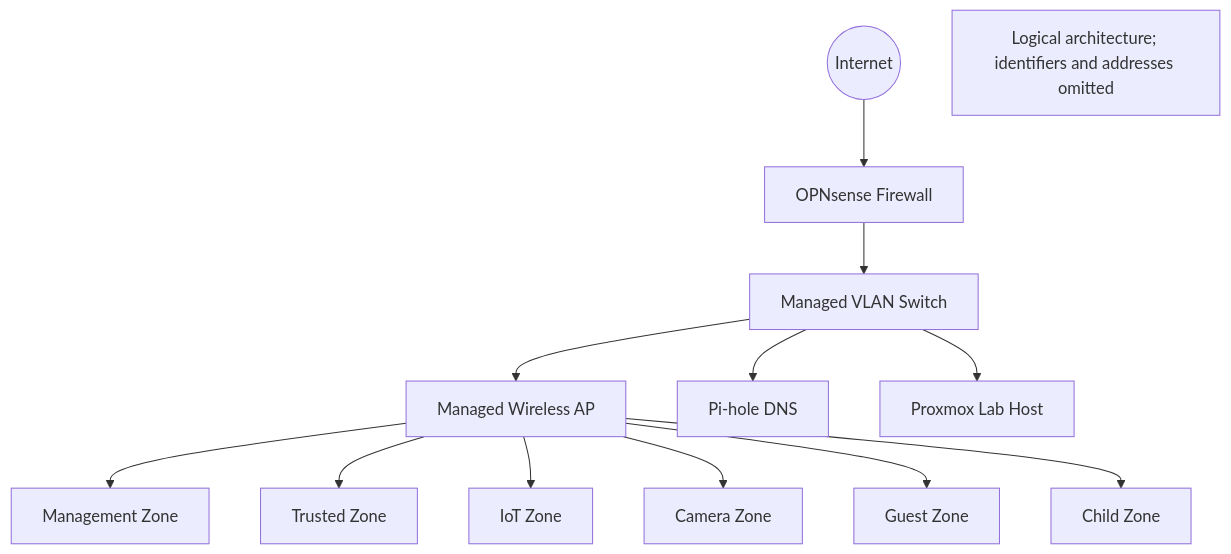
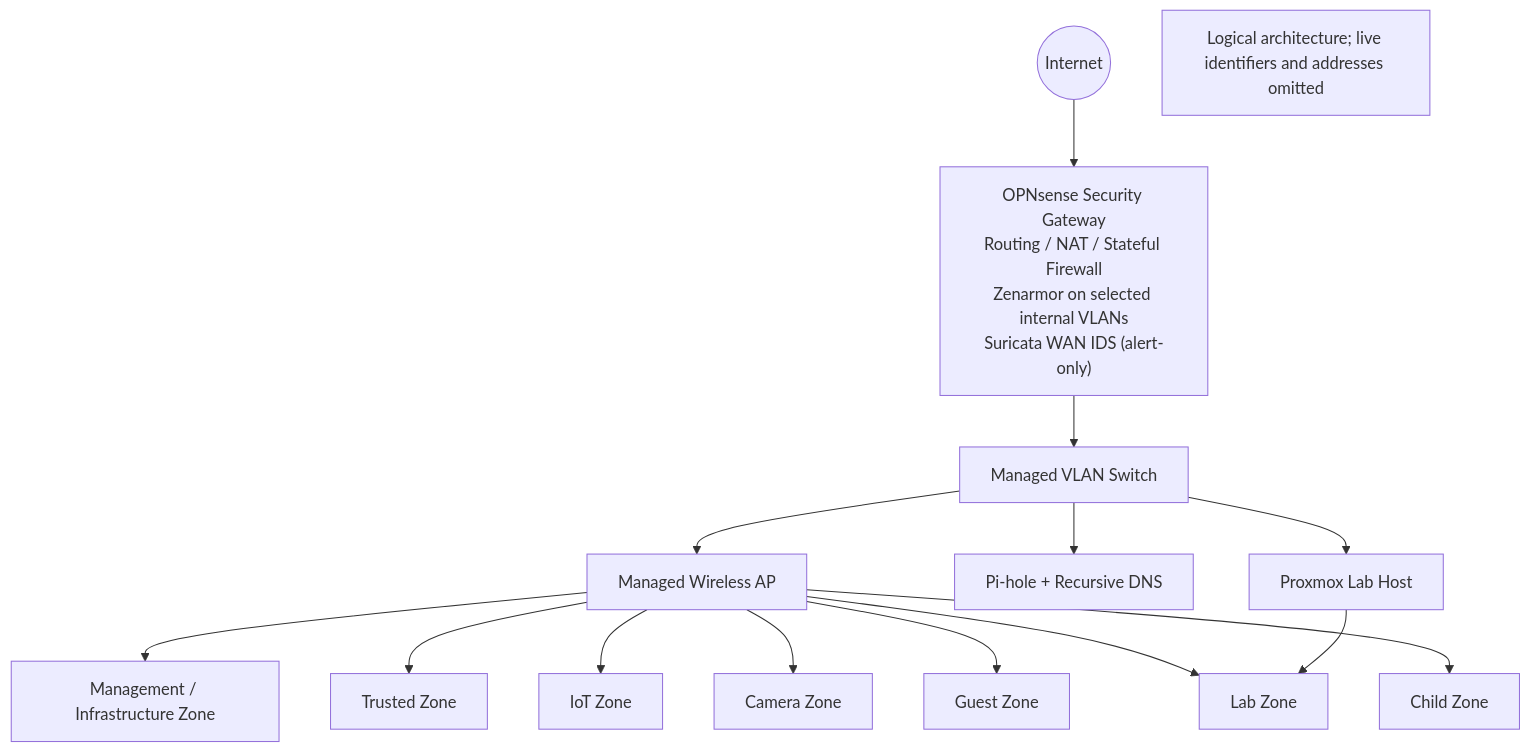
The diagram in network-overview.mmd (McDaniels-Matthew/homelab-security-architecture), drawn with Mermaid before and after one commit.

Commit message:
docs: align Mermaid source with current architecture

```diff
--- a/network-overview.mmd
+++ b/network-overview.mmd
@@ -1,13 +1,15 @@
 flowchart TB
-  INTERNET((Internet)) --> FW[OPNsense Firewall]
+  INTERNET((Internet)) --> FW["OPNsense Security Gateway<br/>Routing / NAT / Stateful Firewall<br/>Zenarmor on selected internal VLANs<br/>Suricata WAN IDS (alert-only)"]
   FW --> SW[Managed VLAN Switch]
   SW --> AP[Managed Wireless AP]
-  SW --> DNS[Pi-hole DNS]
+  SW --> DNS[Pi-hole + Recursive DNS]
   SW --> VIRT[Proxmox Lab Host]
-  AP --> MGMT[Management Zone]
+  AP --> MGMT[Management / Infrastructure Zone]
   AP --> TRUST[Trusted Zone]
   AP --> IOT[IoT Zone]
   AP --> CAM[Camera Zone]
   AP --> GUEST[Guest Zone]
+  AP --> LAB[Lab Zone]
   AP --> CHILD[Child Zone]
-  NOTE[Logical architecture; identifiers and addresses omitted]
+  VIRT --> LAB
+  NOTE[Logical architecture; live identifiers and addresses omitted]
```
